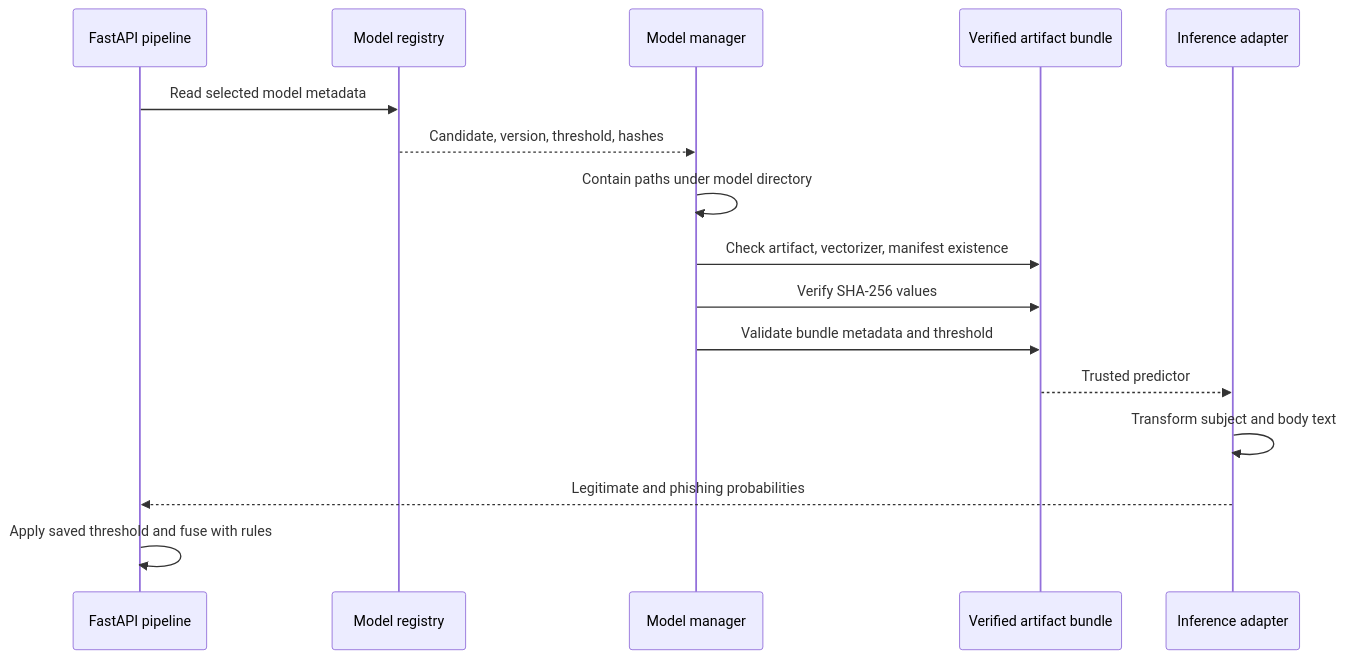
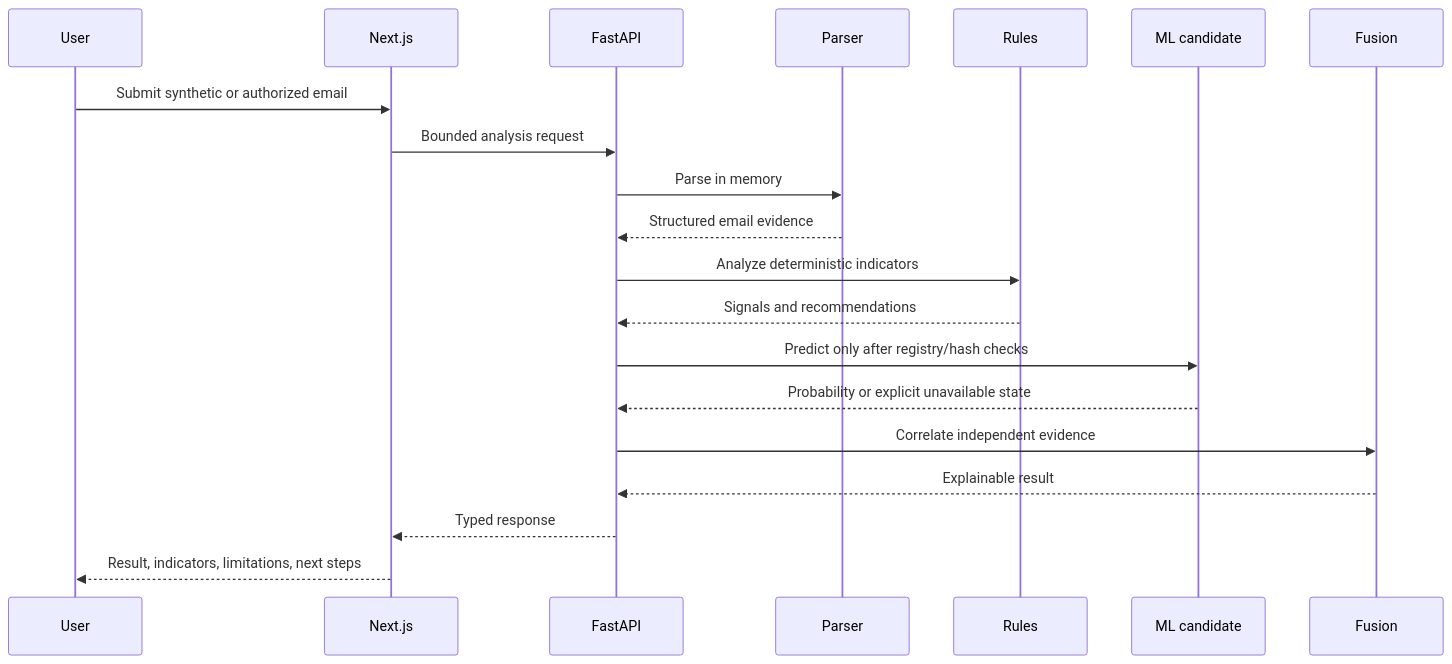
The third of 3 diagrams in docs/ARCHITECTURE.md (Nitin-Polistya/phishphage-ai), drawn with Mermaid before and after one commit. The commit also changed other lines of this file and 11 other files, not shown here.

````diff
--- a/docs/ARCHITECTURE.md
+++ b/docs/ARCHITECTURE.md
@@ -64,18 +79,23 @@
 ```mermaid
 sequenceDiagram
-  participant API as FastAPI pipeline
-  participant R as Model registry
-  participant M as Model manager
-  participant A as Verified artifact bundle
-  participant I as Inference adapter
-  API->>R: Read selected model metadata
-  R-->>M: Candidate, version, threshold, hashes
-  M->>M: Contain paths under model directory
-  M->>A: Check artifact, vectorizer, manifest existence
-  M->>A: Verify SHA-256 values
-  M->>A: Validate bundle metadata and threshold
-  A-->>I: Trusted predictor
-  I->>I: Transform subject and body text
-  I-->>API: Legitimate and phishing probabilities
-  API->>API: Apply saved threshold and fuse with rules
+    participant U as User
+    participant W as Next.js
+    participant A as FastAPI
+    participant P as Parser
+    participant R as Rules
+    participant M as ML candidate
+    participant F as Fusion
+
+    U->>W: Submit synthetic or authorized email
+    W->>A: Bounded analysis request
+    A->>P: Parse in memory
+    P-->>A: Structured email evidence
+    A->>R: Analyze deterministic indicators
+    R-->>A: Signals and recommendations
+    A->>M: Predict only after registry/hash checks
+    M-->>A: Probability or explicit unavailable state
+    A->>F: Correlate independent evidence
+    F-->>A: Explainable result
+    A-->>W: Typed response
+    W-->>U: Result, indicators, limitations, next steps
 ```
````
